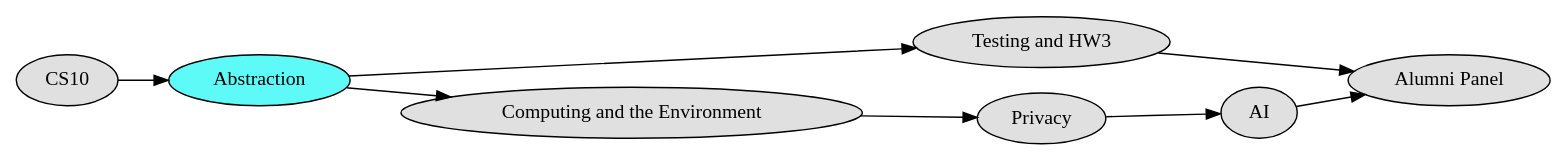
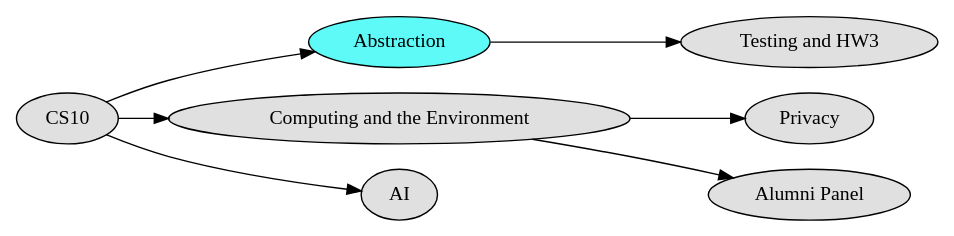
The diagram in CS10_DTP_DOT.dot (yhwli/DreamTeamParser), drawn with Graphviz before and after one commit. The commit also changed 9 other files, not shown here.

```diff
--- a/CS10_DTP_DOT.dot
+++ b/CS10_DTP_DOT.dot
@@ -1,17 +1,16 @@
 digraph G {
 	rankdir = LR
 	node0[label = "CS10", shape = ellipse, style = filled, fillcolor = "#e0e0e0"];
 	node1[label = "Abstraction", shape = ellipse, style = filled, fillcolor = "#5efaf7"];
 	node2[label = "Testing and HW3", shape = ellipse, style = filled, fillcolor = "#e0e0e0"];
 	node3[label = "Computing and the Environment", shape = ellipse, style = filled, fillcolor = "#e0e0e0"];
 	node4[label = "Privacy", shape = ellipse, style = filled, fillcolor = "#e0e0e0"];
 	node5[label = "AI", shape = ellipse, style = filled, fillcolor = "#e0e0e0"];
 	node6[label = "Alumni Panel", shape = ellipse, style = filled, fillcolor = "#e0e0e0"];
 	node1 -> node2;
-	node1 -> node3;
 	node3 -> node4;
-	node4 -> node5;
-	node2 -> node6;
-	node5 -> node6;
+	node3 -> node6;
 	node0 -> node1;
+	node0 -> node3;
+	node0 -> node5;
 }
```
